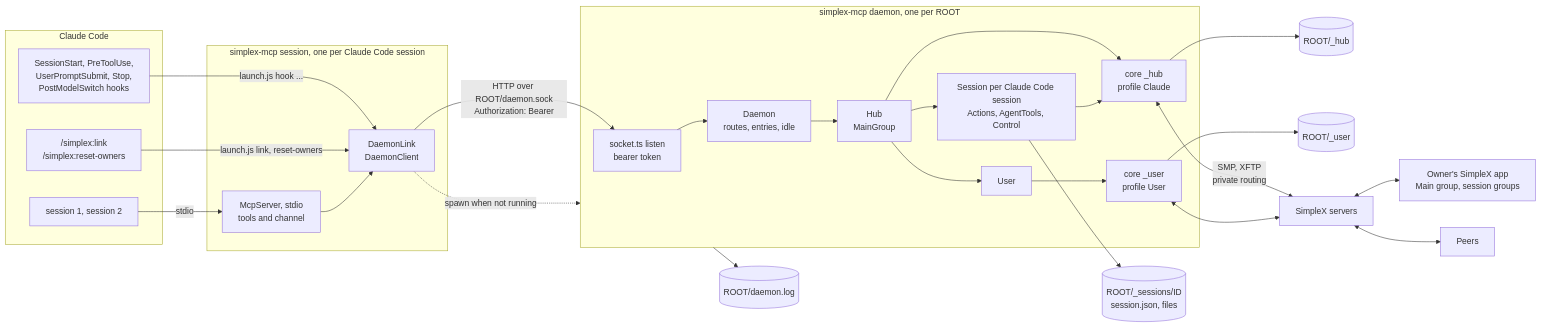
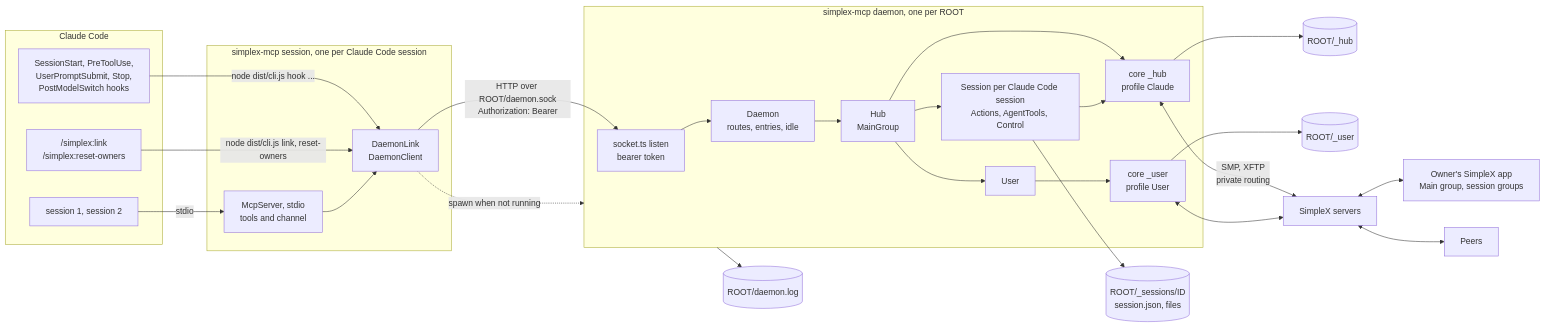
Before and after one commit to simplex-chat/simplex-chat: the third of 4 diagrams in packages/simplex-chat-mcp/spec/architecture.md, drawn with Mermaid. The commit also changed other lines of this file and 5 other files, not shown here.

````diff
--- a/packages/simplex-chat-mcp/spec/architecture.md
+++ b/packages/simplex-chat-mcp/spec/architecture.md
@@ -701,41 +703,41 @@
 ```mermaid
 flowchart LR
   subgraph cc["Claude Code"]
     ses["session 1, session 2"]
     hk["SessionStart, PreToolUse,<br/>UserPromptSubmit, Stop,<br/>PostModelSwitch hooks"]
     sk["/simplex:link<br/>/simplex:reset-owners"]
   end
   subgraph ps["simplex-mcp session, one per Claude Code session"]
     mcp["McpServer, stdio<br/>tools and channel"]
     link["DaemonLink<br/>DaemonClient"]
   end
   subgraph pd["simplex-mcp daemon, one per ROOT"]
     sock["socket.ts listen<br/>bearer token"]
     dm["Daemon<br/>routes, entries, idle"]
     hub["Hub<br/>MainGroup"]
     sess["Session per Claude Code session<br/>Actions, AgentTools, Control"]
     user["User"]
     hcore["core _hub<br/>profile Claude"]
     ucore["core _user<br/>profile User"]
   end
   ses -->|stdio| mcp
-  hk -->|"launch.js hook ..."| link
-  sk -->|"launch.js link, reset-owners"| link
+  hk -->|"node dist/cli.js hook ..."| link
+  sk -->|"node dist/cli.js link, reset-owners"| link
   mcp --> link
   link -->|"HTTP over ROOT/daemon.sock<br/>Authorization: Bearer"| sock
   link -.->|"spawn when not running"| pd
   sock --> dm --> hub
   hub --> sess
   hub --> user
   hub --> hcore
   sess --> hcore
   user --> ucore
   hcore --> hdb[("ROOT/_hub")]
   ucore --> udb[("ROOT/_user")]
   sess --> sdb[("ROOT/_sessions/ID<br/>session.json, files")]
   hcore <-->|"SMP, XFTP<br/>private routing"| net["SimpleX servers"]
   ucore <--> net
   net <--> owner["Owner's SimpleX app<br/>Main group, session groups"]
   net <--> peers["Peers"]
   pd --> logf[("ROOT/daemon.log")]
 ```
````
